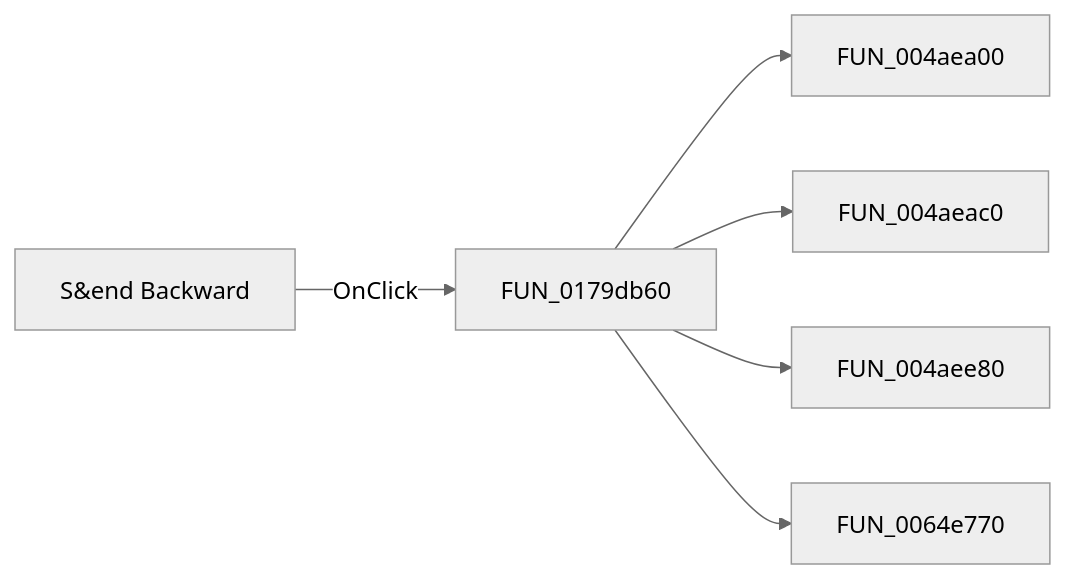
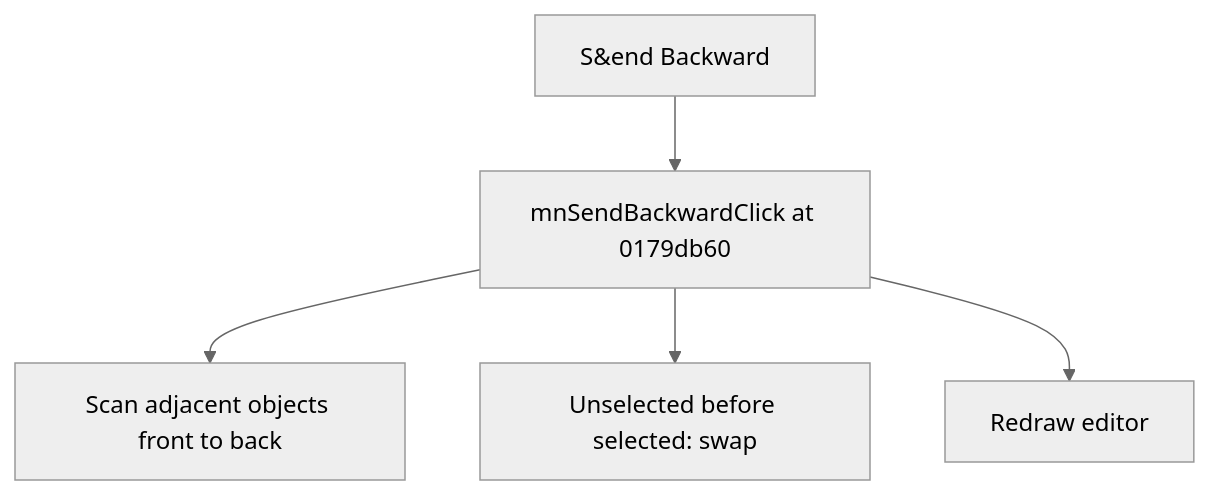
One commit to MovGP0/TIARA changed the diagram in docs/ui-controls/shapeedit/mnsendbackward-2480d1d48d.md. Above: the diagram before and after it, drawn with Mermaid (neutral theme). The commit also changed other lines of this file and 1062 other files, not shown here.

````diff
--- a/docs/ui-controls/shapeedit/mnsendbackward-2480d1d48d.md
+++ b/docs/ui-controls/shapeedit/mnsendbackward-2480d1d48d.md
@@ -27,8 +25,7 @@
 ```mermaid
-flowchart LR
-    control["S&end Backward"] -->|OnClick| handler["FUN_0179db60"]
-    handler --> call1["FUN_004aea00"]
-    handler --> call2["FUN_004aeac0"]
-    handler --> call3["FUN_004aee80"]
-    handler --> call4["FUN_0064e770"]
+flowchart TD
+    control["S&end Backward"] --> handler["mnSendBackwardClick at 0179db60"]
+    handler --> step1["Scan adjacent objects front to back"]
+    handler --> step2["Unselected before selected: swap"]
+    handler --> step3["Redraw editor"]
 ```
````
